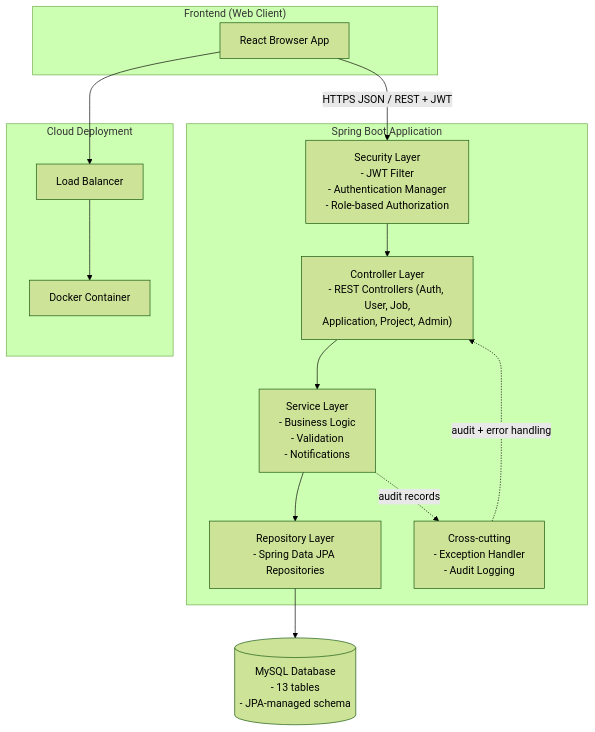
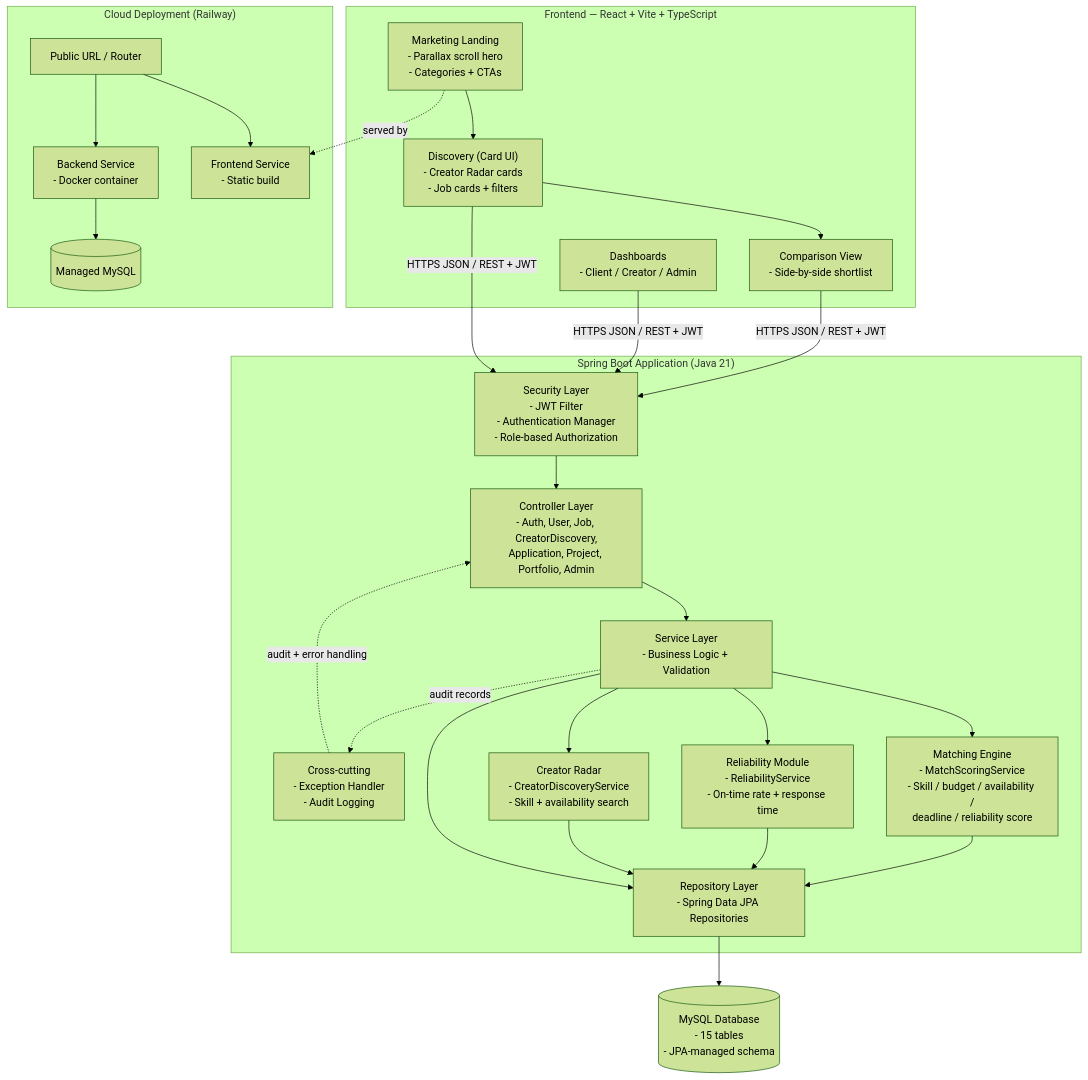
The diagram in system-architecture.md (hanush301102-sudo/capstone), drawn with Mermaid (forest theme) before and after one commit. The commit also changed 5 other files, not shown here.

Commit message:
docs: rework class diagram and architecture with matching engine and radar

````diff
--- a/system-architecture.md
+++ b/system-architecture.md
@@ -5,31 +5,51 @@
 ```mermaid
 flowchart TB
-    subgraph FRONTEND["Frontend (Web Client)"]
-        BROWSER["React Browser App"]
+    subgraph FRONTEND["Frontend — React + Vite + TypeScript"]
+        LANDING["Marketing Landing\n- Parallax scroll hero\n- Categories + CTAs"]
+        MARKET["Discovery (Card UI)\n- Creator Radar cards\n- Job cards + filters"]
+        COMPARE["Comparison View\n- Side-by-side shortlist"]
+        DASH["Dashboards\n- Client / Creator / Admin"]
     end
 
-    subgraph BACKEND["Spring Boot Application"]
+    subgraph BACKEND["Spring Boot Application (Java 21)"]
         SEC["Security Layer\n- JWT Filter\n- Authentication Manager\n- Role-based Authorization"]
-        CTRL["Controller Layer\n- REST Controllers (Auth, User, Job,\nApplication, Project, Admin)"]
-        SVC["Service Layer\n- Business Logic\n- Validation\n- Notifications"]
+        CTRL["Controller Layer\n- Auth, User, Job, CreatorDiscovery,\nApplication, Project, Portfolio, Admin"]
+        SVC["Service Layer\n- Business Logic + Validation"]
+        MATCH["Matching Engine\n- MatchScoringService\n- Skill / budget / availability /\ndeadline / reliability score"]
+        REL["Reliability Module\n- ReliabilityService\n- On-time rate + response time"]
+        RADAR["Creator Radar\n- CreatorDiscoveryService\n- Skill + availability search"]
         REPO["Repository Layer\n- Spring Data JPA Repositories"]
         XCUT["Cross-cutting\n- Exception Handler\n- Audit Logging"]
     end
 
-    DB[("MySQL Database\n- 13 tables\n- JPA-managed schema")]
+    DB[("MySQL Database\n- 15 tables\n- JPA-managed schema")]
 
-    BROWSER -->|"HTTPS JSON / REST + JWT"| SEC
+    LANDING --> MARKET
+    MARKET --> COMPARE
+    MARKET -->|"HTTPS JSON / REST + JWT"| SEC
+    COMPARE -->|"HTTPS JSON / REST + JWT"| SEC
+    DASH -->|"HTTPS JSON / REST + JWT"| SEC
     SEC --> CTRL
     CTRL --> SVC
+    SVC --> MATCH
+    SVC --> REL
+    SVC --> RADAR
+    MATCH --> REPO
+    REL --> REPO
+    RADAR --> REPO
     SVC --> REPO
     REPO --> DB
     XCUT -.->|"audit + error handling"| CTRL
     SVC -.->|"audit records"| XCUT
 
-    subgraph CLOUD["Cloud Deployment"]
-        CONTAINER["Docker Container"]
-        LB["Load Balancer"]
+    subgraph CLOUD["Cloud Deployment (Railway)"]
+        FE["Frontend Service\n- Static build"]
+        BE["Backend Service\n- Docker container"]
+        MYSQL[("Managed MySQL")]
+        LB["Public URL / Router"]
     end
-    BROWSER --> LB
-    LB --> CONTAINER
+    LANDING -.->|"served by"| FE
+    BE --> MYSQL
+    LB --> FE
+    LB --> BE
 ```
````
